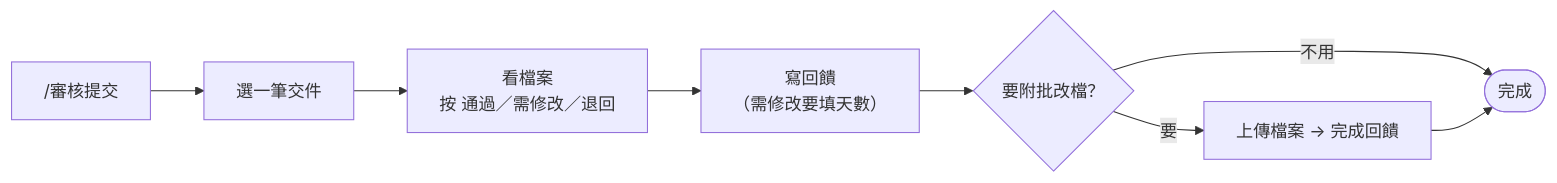
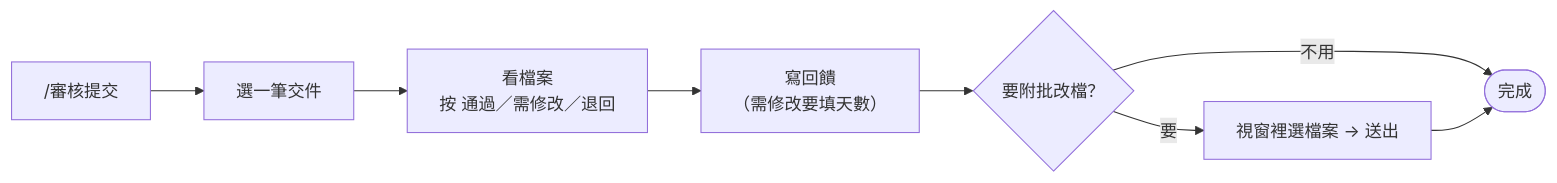
Before and after one commit to johnnysun0621/kari-kari-ai-ops: the seventh of 8 diagrams in docs/sop/ADMIN_SOP.md, drawn with Mermaid. The commit also changed other lines of this file and 14 other files, not shown here.

````diff
--- a/docs/sop/ADMIN_SOP.md
+++ b/docs/sop/ADMIN_SOP.md
@@ -858,6 +858,6 @@
 ```mermaid
 flowchart LR
   A["/審核提交"] --> B["選一筆交件"] --> C["看檔案<br/>按 通過／需修改／退回"] --> D["寫回饋<br/>（需修改要填天數）"] --> E{"要附批改檔？"}
   E -- "不用" --> F(["完成"])
-  E -- "要" --> G["上傳檔案 → 完成回饋"] --> F
+  E -- "要" --> G["視窗裡選檔案 → 送出"] --> F
 ```
````
